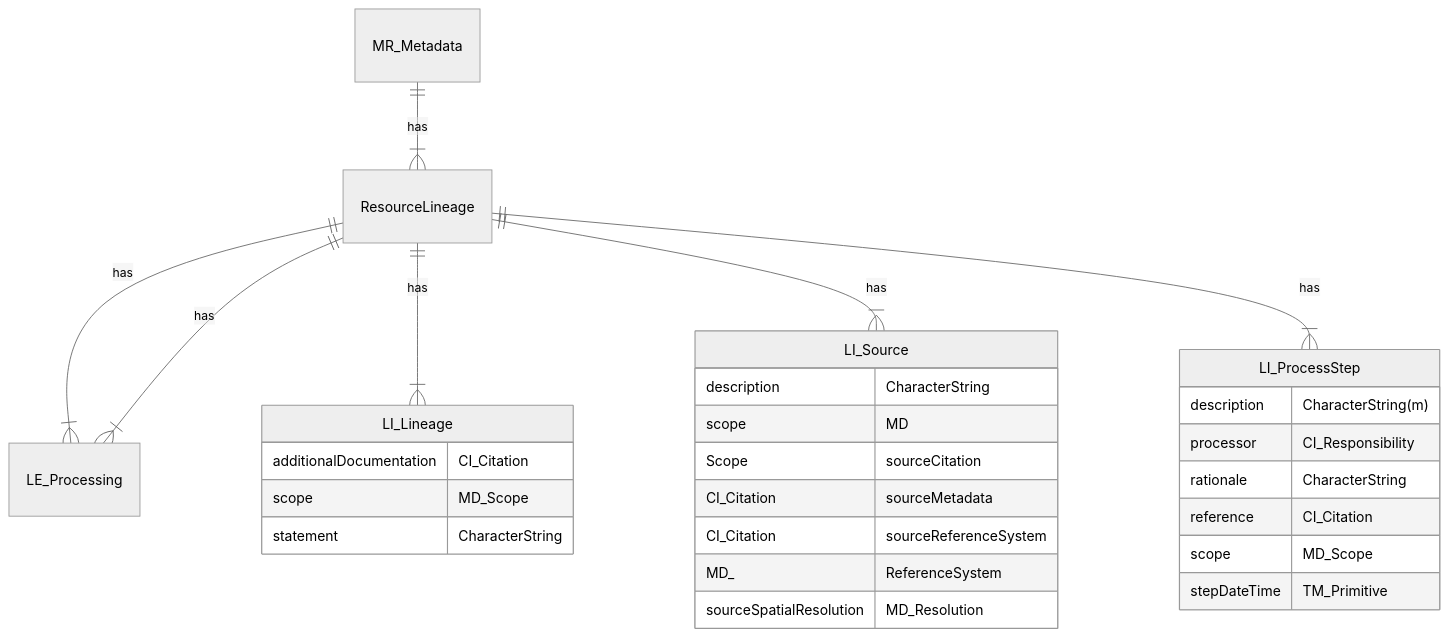
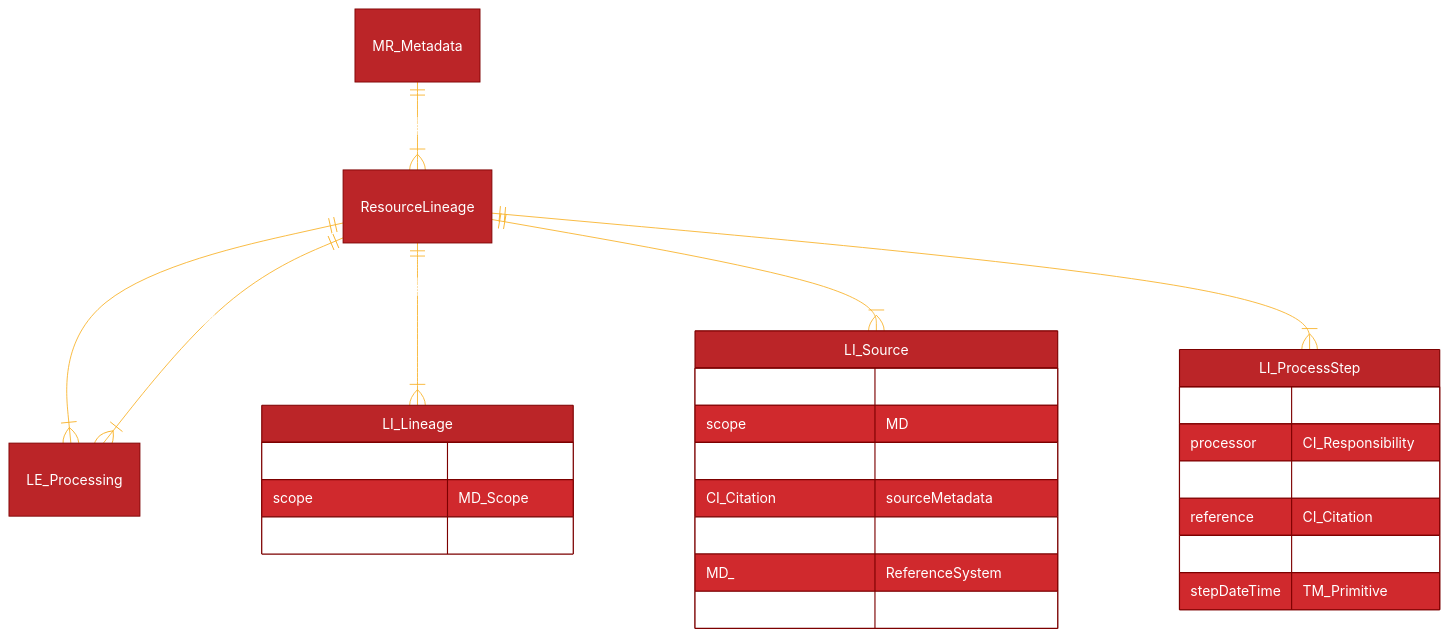
The diagram in docs/source/references/iso/mrl/LI_Lineage.mmd (fgdcgov/sdi), drawn with Mermaid before and after one commit.

Commit message:
Update LI_Lineage.mmd to use a custom color scheme

```diff
--- a/docs/source/references/iso/mrl/LI_Lineage.mmd
+++ b/docs/source/references/iso/mrl/LI_Lineage.mmd
@@ -1,42 +1,54 @@
-%%{init: {'theme':'neutral'}}%%
+%%{
+  init: {
+    'theme': 'base',
+    'themeVariables': {
+      'primaryColor': '#BB2528',
+      'primaryTextColor': '#fff',
+      'primaryBorderColor': '#7C0000',
+      'lineColor': '#F8B229',
+      'secondaryColor': '#006100',
+      'tertiaryColor': '#fff'
+    }
+  }
+}%%
 erDiagram
 %% use this link to find the standard 
 %%https//schemas.isotc211.org/19115/-3/mrl/2.0/
 %% https//schemas.isotc211.org/19115/-3/mrl/2.0/mrl/#element_LE_Algorithm
 
 %% Identify the first level hierarchy
 MR_Metadata
 MR_Metadata ||--|{ResourceLineage : "has"
 
 %% Identify the second level hierarchy
 
 ResourceLineage
 
     ResourceLineage ||--|{LE_Processing : "has"
     ResourceLineage ||--|{LI_Lineage : "has"
     ResourceLineage ||--|{LI_Source : "has"
     ResourceLineage ||--|{LI_ProcessStep : "has"
     ResourceLineage ||--|{LE_Processing : "has"
     
     LE_Processing
     LI_ProcessStep {
         description CharacterString(m)
         processor  CI_Responsibility
         rationale CharacterString
         reference CI_Citation
         scope MD_Scope
         stepDateTime TM_Primitive
     }
     LI_Source {
         description CharacterString 
         scope MD Scope
         sourceCitation CI_Citation
         sourceMetadata CI_Citation
         sourceReferenceSystem MD_ ReferenceSystem
         sourceSpatialResolution MD_Resolution
     }
     LI_Lineage {
         additionalDocumentation CI_Citation
         scope MD_Scope 
         statement CharacterString 
     }
```
